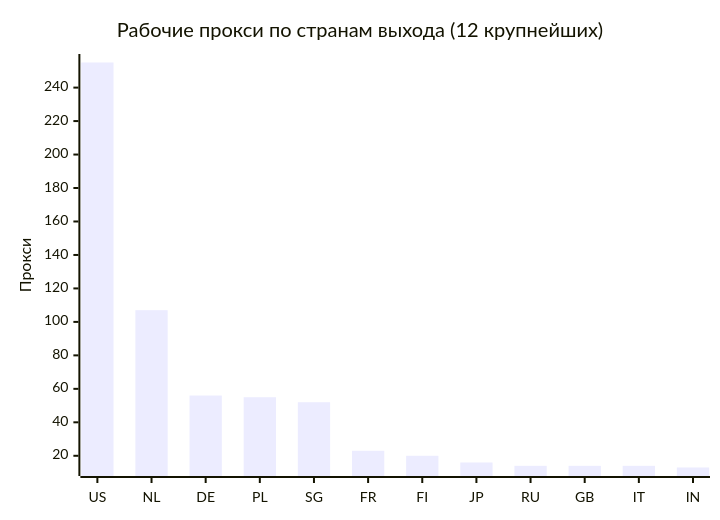
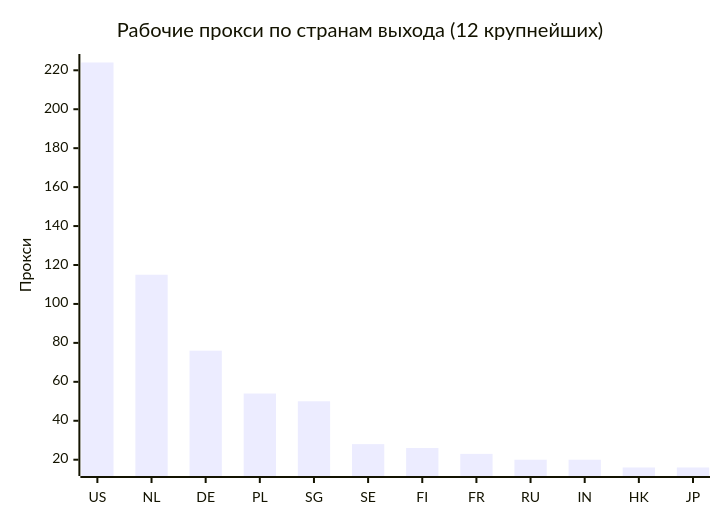
Before and after one commit to rvvg/proxy-subs: the second of 4 diagrams in README.md, drawn with Mermaid. The commit also changed other lines of this file and 51 other files, not shown here.

````diff
--- a/README.md
+++ b/README.md
@@ -131,7 +130,7 @@
 ```mermaid
 xychart-beta
     title "Рабочие прокси по странам выхода (12 крупнейших)"
-    x-axis ["US", "NL", "DE", "PL", "SG", "FR", "FI", "JP", "RU", "GB", "IT", "IN"]
+    x-axis ["US", "NL", "DE", "PL", "SG", "SE", "FI", "FR", "RU", "IN", "HK", "JP"]
     y-axis "Прокси"
-    bar [255, 107, 56, 55, 52, 23, 20, 16, 14, 14, 14, 13]
+    bar [224, 115, 76, 54, 50, 28, 26, 23, 20, 20, 16, 16]
 ```
````
